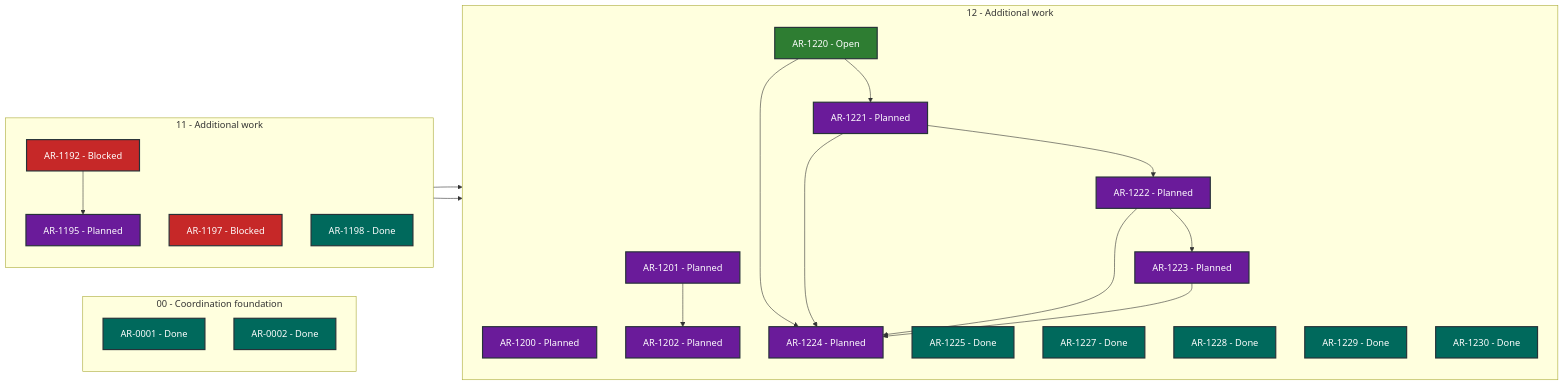
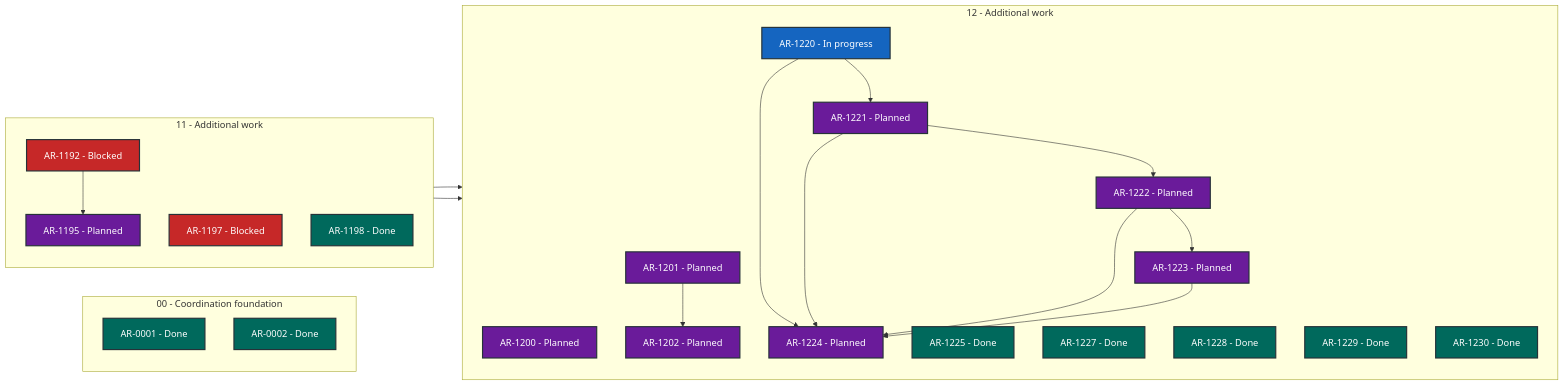
Before and after one commit to martin-beck/asb-tui-state: the diagram in STATUS.md, drawn with Mermaid. The commit also changed other lines of this file and 2 other files, not shown here.

````diff
--- a/STATUS.md
+++ b/STATUS.md
@@ -27,50 +27,50 @@
 ```mermaid
 flowchart LR
     subgraph series_00["00 - Coordination foundation"]
         direction TB
         AR_0001["AR-0001 - Done"]:::status_done
         AR_0002["AR-0002 - Done"]:::status_done
     end
     subgraph series_11["11 - Additional work"]
         direction TB
         AR_1192["AR-1192 - Blocked"]:::status_blocked
         AR_1195["AR-1195 - Planned"]:::status_planned
         AR_1197["AR-1197 - Blocked"]:::status_blocked
         AR_1198["AR-1198 - Done"]:::status_done
     end
     subgraph series_12["12 - Additional work"]
         direction TB
         AR_1200["AR-1200 - Planned"]:::status_planned
         AR_1201["AR-1201 - Planned"]:::status_planned
         AR_1202["AR-1202 - Planned"]:::status_planned
-        AR_1220["AR-1220 - Open"]:::status_open
+        AR_1220["AR-1220 - In progress"]:::status_in_progress
         AR_1221["AR-1221 - Planned"]:::status_planned
         AR_1222["AR-1222 - Planned"]:::status_planned
         AR_1223["AR-1223 - Planned"]:::status_planned
         AR_1224["AR-1224 - Planned"]:::status_planned
         AR_1225["AR-1225 - Done"]:::status_done
         AR_1227["AR-1227 - Done"]:::status_done
         AR_1228["AR-1228 - Done"]:::status_done
         AR_1229["AR-1229 - Done"]:::status_done
         AR_1230["AR-1230 - Done"]:::status_done
     end
     AR_1192 --> AR_1195
     AR_1195 --> AR_1200
     AR_1197 --> AR_1201
     AR_1201 --> AR_1202
     AR_1220 --> AR_1221
     AR_1220 --> AR_1224
     AR_1221 --> AR_1222
     AR_1221 --> AR_1224
     AR_1222 --> AR_1223
     AR_1222 --> AR_1224
     AR_1223 --> AR_1224
     classDef status_in_progress fill:#1565c0,color:#ffffff,stroke:#263238,stroke-width:2px
     classDef status_open fill:#2e7d32,color:#ffffff,stroke:#263238,stroke-width:2px
     classDef status_blocked fill:#c62828,color:#ffffff,stroke:#263238,stroke-width:2px
     classDef status_planned fill:#6a1b9a,color:#ffffff,stroke:#263238,stroke-width:2px
     classDef status_future fill:#455a64,color:#ffffff,stroke:#263238,stroke-width:2px
     classDef status_done fill:#00695c,color:#ffffff,stroke:#263238,stroke-width:2px
     classDef status_cancelled fill:#616161,color:#ffffff,stroke:#263238,stroke-width:2px
     classDef status_superseded fill:#5d4037,color:#ffffff,stroke:#263238,stroke-width:2px
 ```
````
